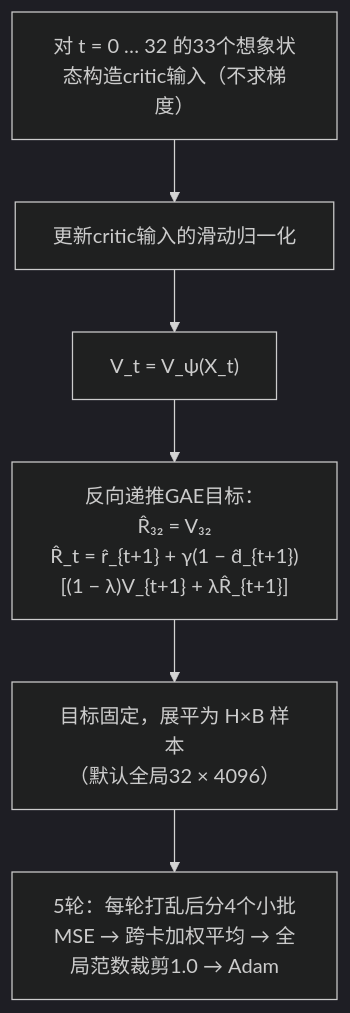
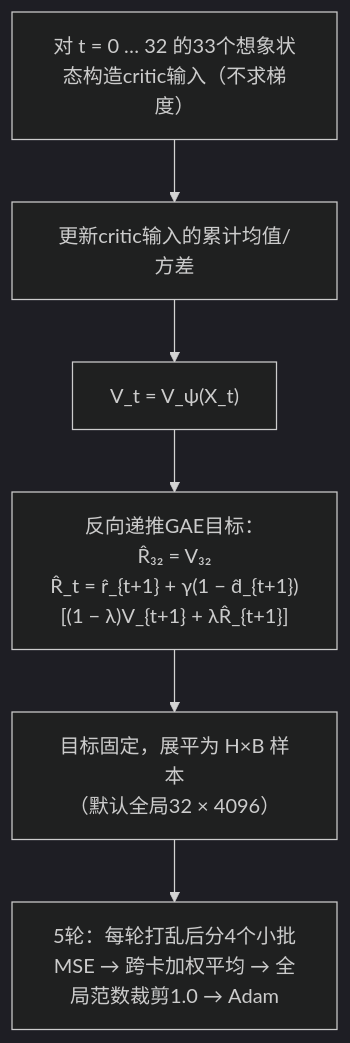
One commit to RaraAlu/Supermimic changed the ninth of 11 diagrams in docs/analysis/training_pipeline.md. Above: the diagram before and after it, drawn with Mermaid (dark theme). The commit also changed other lines of this file and 12 other files, not shown here.

````diff
--- a/docs/analysis/training_pipeline.md
+++ b/docs/analysis/training_pipeline.md
@@ -438,8 +615,8 @@
 ```mermaid
 flowchart TD
-    X["对 t = 0 … 32 的33个想象状态构造critic输入（不求梯度）"] --> N["更新critic输入的滑动归一化"]
+    X["对 t = 0 … 32 的33个想象状态构造critic输入（不求梯度）"] --> N["更新critic输入的累计均值/方差"]
     N --> V["V_t = V_ψ(X_t)"]
     V --> GAE["反向递推GAE目标：<br/>R̂₃₂ = V₃₂<br/>R̂_t = r̂_{t+1} + γ(1 − d̂_{t+1})[(1 − λ)V_{t+1} + λR̂_{t+1}]"]
     GAE --> FIX["目标固定，展平为 H×B 样本<br/>（默认全局32 × 4096）"]
     FIX --> EP["5轮：每轮打乱后分4个小批<br/>MSE → 跨卡加权平均 → 全局范数裁剪1.0 → Adam"]
 ```
````
